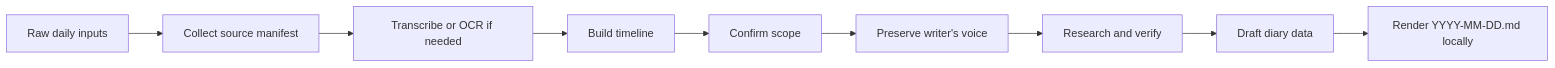
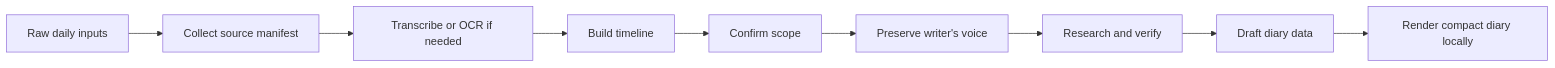
One commit to BlackTreeBoom/daily-diary-skill changed the diagram in README.md. Above: the diagram before and after it, drawn with Mermaid. The commit also changed other lines of this file and 4 other files, not shown here.

````diff
--- a/README.md
+++ b/README.md
@@ -49,11 +61,11 @@
 ```mermaid
 flowchart LR
   A["Raw daily inputs"] --> B["Collect source manifest"]
   B --> C["Transcribe or OCR if needed"]
   C --> D["Build timeline"]
   D --> E["Confirm scope"]
   E --> F["Preserve writer's voice"]
   F --> G["Research and verify"]
   G --> H["Draft diary data"]
-  H --> I["Render YYYY-MM-DD.md locally"]
+  H --> I["Render compact diary locally"]
 ```
````
